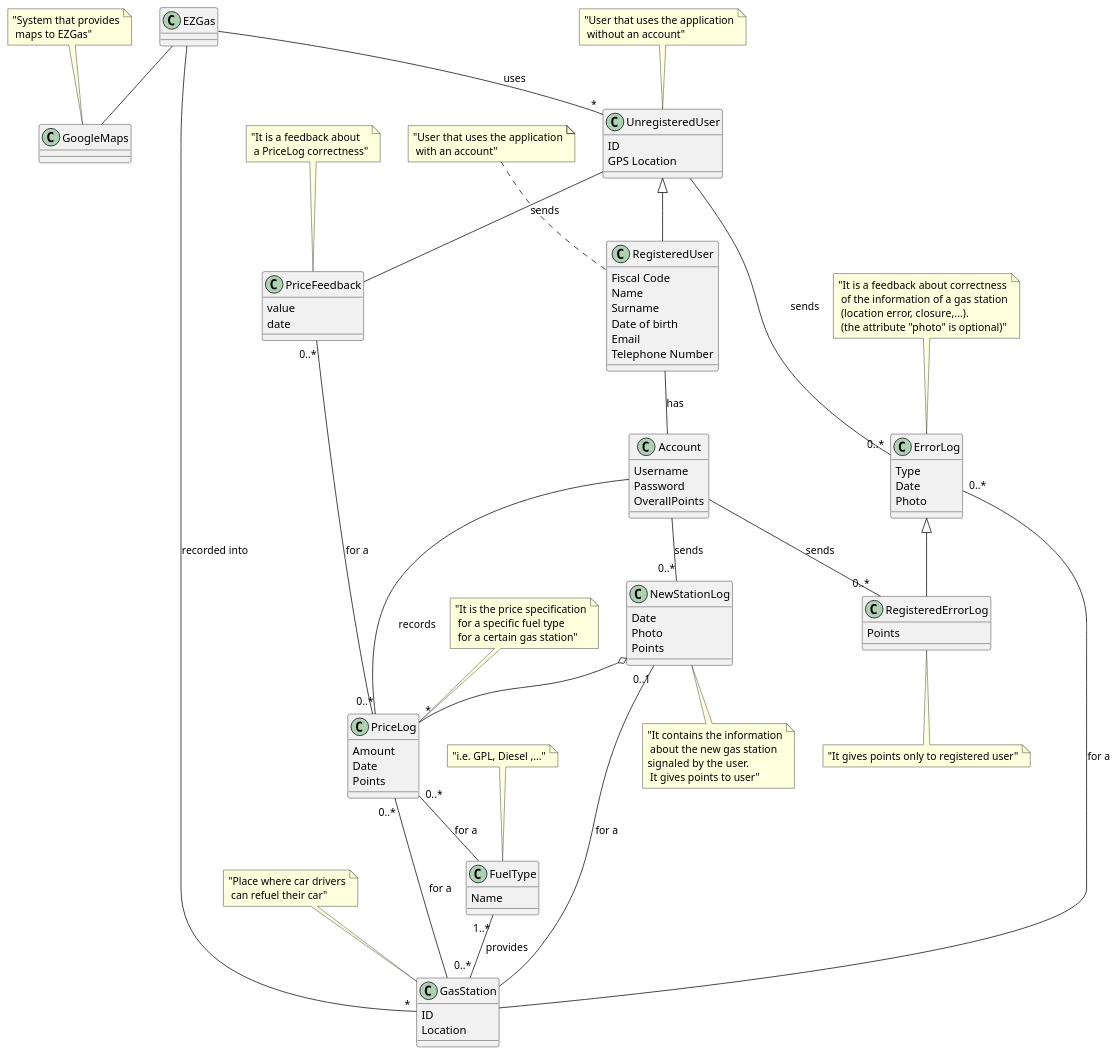
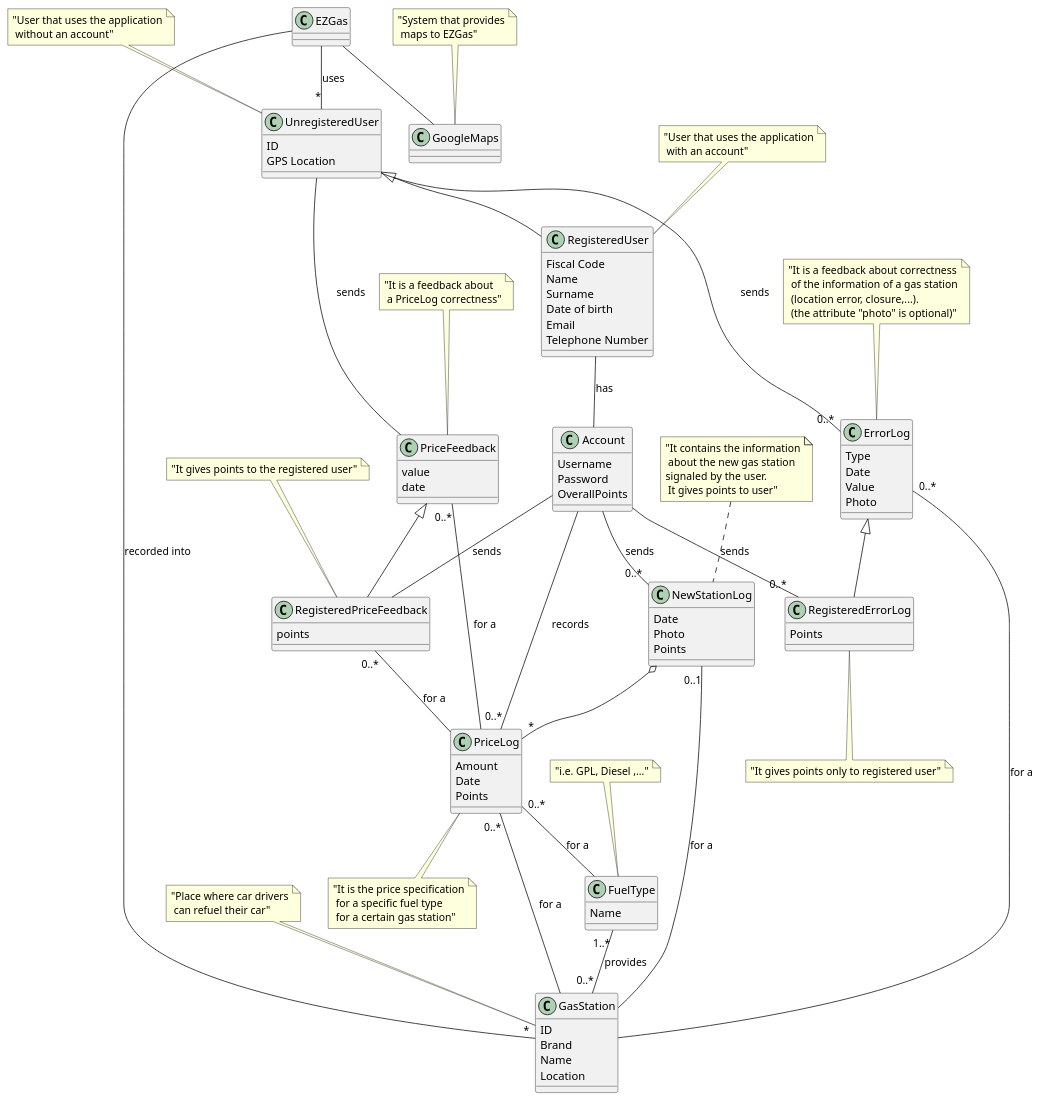
The third of 5 diagrams in docs/RequirementsDocument.md (CangaRouter/ExGas), drawn with PlantUML before and after one commit.

Commit message:
docs: fix Glossary

````diff
--- a/docs/RequirementsDocument.md
+++ b/docs/RequirementsDocument.md
@@ -539,6 +539,8 @@
 
 Class GasStation{
 ID
+Brand
+Name
 Location
 }
 note top of GasStation : "Place where car drivers\n can refuel their car"
@@ -552,7 +554,7 @@
 Date
 Points
 }
-note top of PriceLog : "It is the price specification\n for a specific fuel type\n for a certain gas station"
+note bottom of PriceLog : "It is the price specification\n for a specific fuel type\n for a certain gas station"
 
 Class PriceFeedback{
 value
@@ -560,9 +562,15 @@
 }
 note top of PriceFeedback : "It is a feedback about\n a PriceLog correctness"
 
+
+Class RegisteredPriceFeedback{
+points
+}
+note top of RegisteredPriceFeedback : "It gives points to the registered user"
 Class ErrorLog{
 Type
 Date
+Value
 Photo
 }
 note top of ErrorLog : "It is a feedback about correctness\n of the information of a gas station\n (location error, closure,...).\n (the attribute "photo" is optional)"
@@ -575,7 +583,7 @@
 Photo
 Points
 }
-note bottom of NewStationLog : "It contains the information\n about the new gas station \nsignaled by the user.\n It gives points to user"
+note top of NewStationLog : "It contains the information\n about the new gas station \nsignaled by the user.\n It gives points to user"
 EZGas -- GoogleMaps
 EZGas -- "*" UnregisteredUser : uses
 EZGas -- "*" GasStation : recorded into
@@ -595,5 +603,11 @@
 NewStationLog o-- "*" PriceLog
 UnregisteredUser --  PriceFeedback : sends
 PriceFeedback "0..*"-- PriceLog : for a
+PriceFeedback <|-- RegisteredPriceFeedback
+
+Account --  RegisteredPriceFeedback : sends
+
+
+RegisteredPriceFeedback "0..*"-- PriceLog : for a
 @enduml
 ```
````
